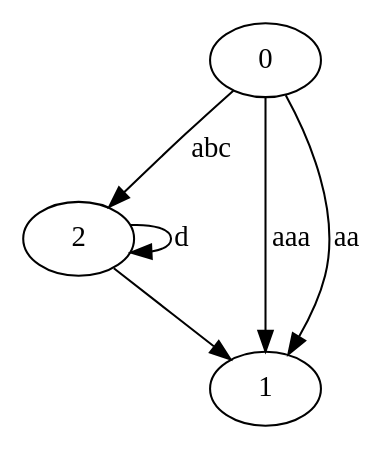
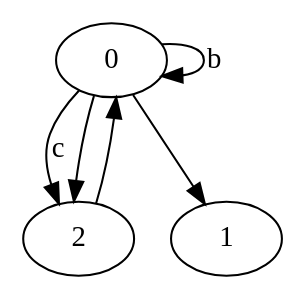
Before and after one commit to m-blg/regex: the diagram in fa.dot, drawn with Graphviz. The commit also changed 1 other file, not shown here.

```diff
--- a/fa.dot
+++ b/fa.dot
@@ -1,9 +1,6 @@
-digraph G {
-
-    0 -> 2 [label="abc"];
-0 -> 1 [label="aaa"];
-0 -> 1 [label="aa"];
-2 -> 2 [label="d"];
-2 -> 1 [label=""];
-
+digraph G {	0 -> 2 [label="c"];
+	0 -> 0 [label="b"];
+	0 -> 2 [label=""];
+	0 -> 1 [label=""];
+	2 -> 0 [label=""];
 }
```
